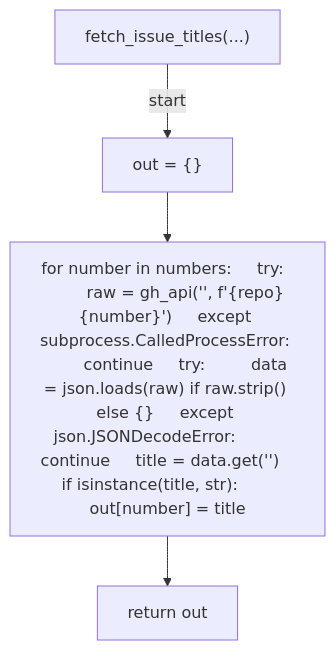
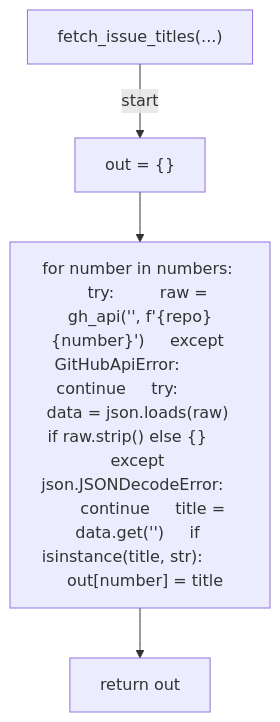
Before and after one commit to tvna/claude-md: diagram 12 of 52 in docs/generated/scripts/ast/auto_retro.md, drawn with Mermaid. The commit also changed other lines of this file and 15 other files, not shown here.

First line of the commit message:
docs(generated): regenerate decision tree and workflow diagrams

````diff
--- a/docs/generated/scripts/ast/auto_retro.md
+++ b/docs/generated/scripts/ast/auto_retro.md
@@ -207,10 +198,10 @@
 ```mermaid
 flowchart TD
     N001["fetch_issue_titles(...)"]
     N002["out = {}"]
-    N003["for number in numbers:     try:         raw = gh_api('<str>', f'<str>{repo}<str>{number}')     except subprocess.CalledProcessError:         continue     try:         data = json.loads(raw) if raw.strip() else {}     except json.JSONDecodeError:         continue     title = data.get('<str>')     if isinstance(title, str):         out[number] = title"]
+    N003["for number in numbers:     try:         raw = gh_api('<str>', f'<str>{repo}<str>{number}')     except GitHubApiError:         continue     try:         data = json.loads(raw) if raw.strip() else {}     except json.JSONDecodeError:         continue     title = data.get('<str>')     if isinstance(title, str):         out[number] = title"]
     N004["return out"]
     N001 -->|"start"| N002
     N002 --> N003
     N003 --> N004
 ```
````
